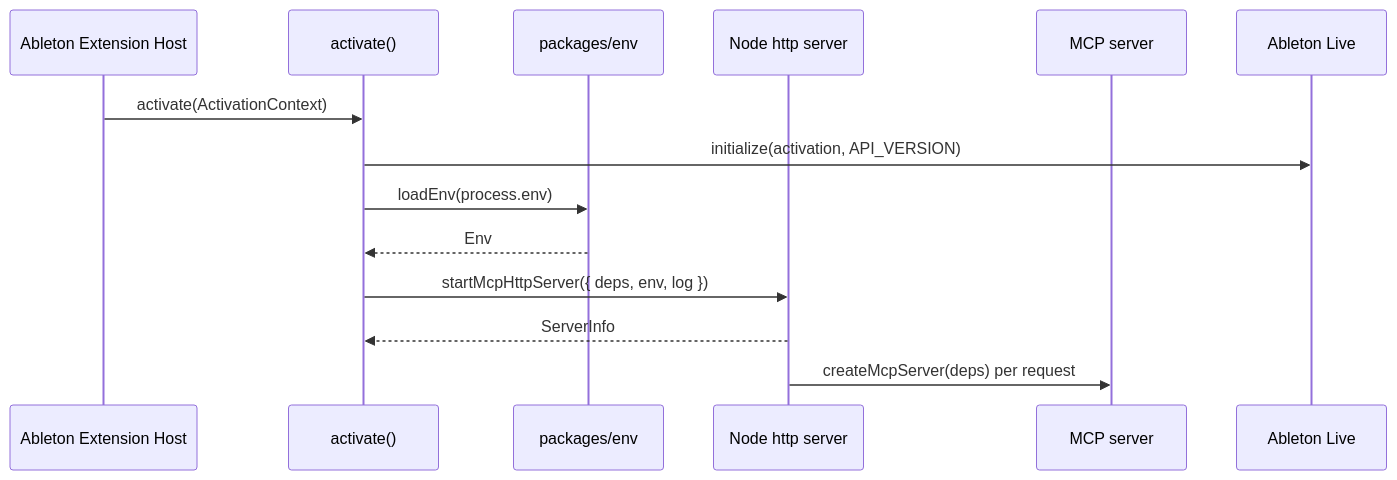
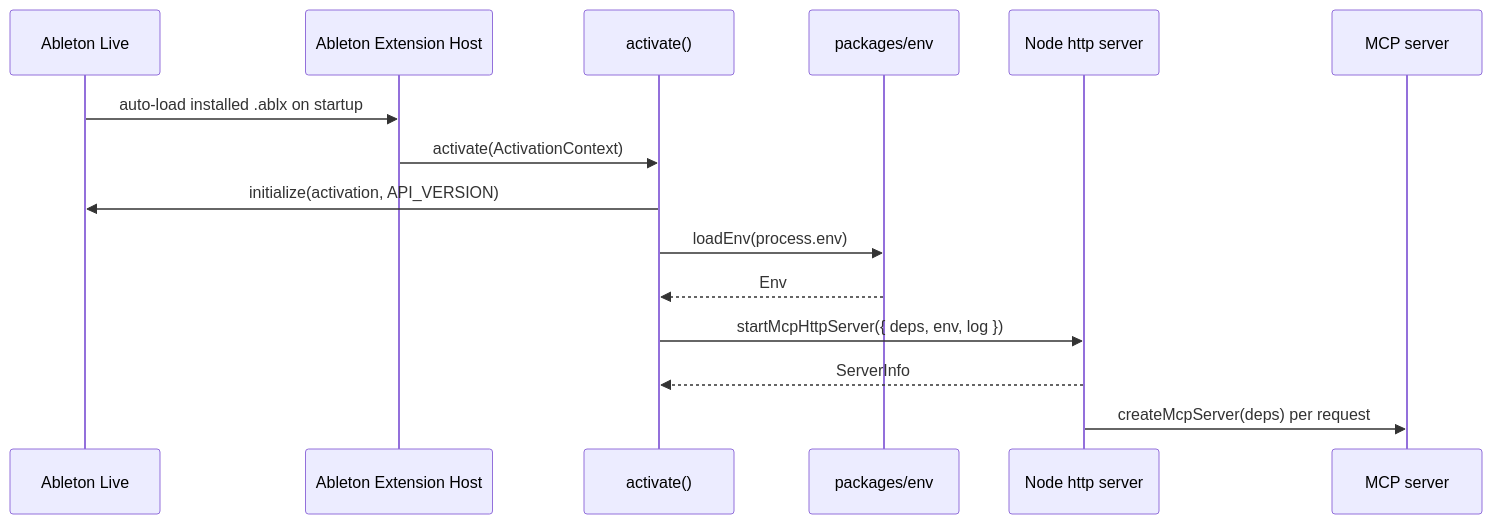
Before and after one commit to philtzjp/live-connector: the third of 7 diagrams in llm/ARCHITECTURE.md, drawn with Mermaid. The commit also changed other lines of this file and 1 other file, not shown here.

````diff
--- a/llm/ARCHITECTURE.md
+++ b/llm/ARCHITECTURE.md
@@ -81,17 +83,18 @@
 ```mermaid
 sequenceDiagram
+    participant live as Ableton Live
     participant host as Ableton Extension Host
     participant extension as activate()
     participant env as packages/env
     participant http as Node http server
     participant mcp as MCP server
-    participant live as Ableton Live
 
+    live->>host: auto-load installed .ablx on startup
     host->>extension: activate(ActivationContext)
     extension->>live: initialize(activation, API_VERSION)
     extension->>env: loadEnv(process.env)
     env-->>extension: Env
     extension->>http: startMcpHttpServer({ deps, env, log })
     http-->>extension: ServerInfo
     http->>mcp: createMcpServer(deps) per request
 ```
````
